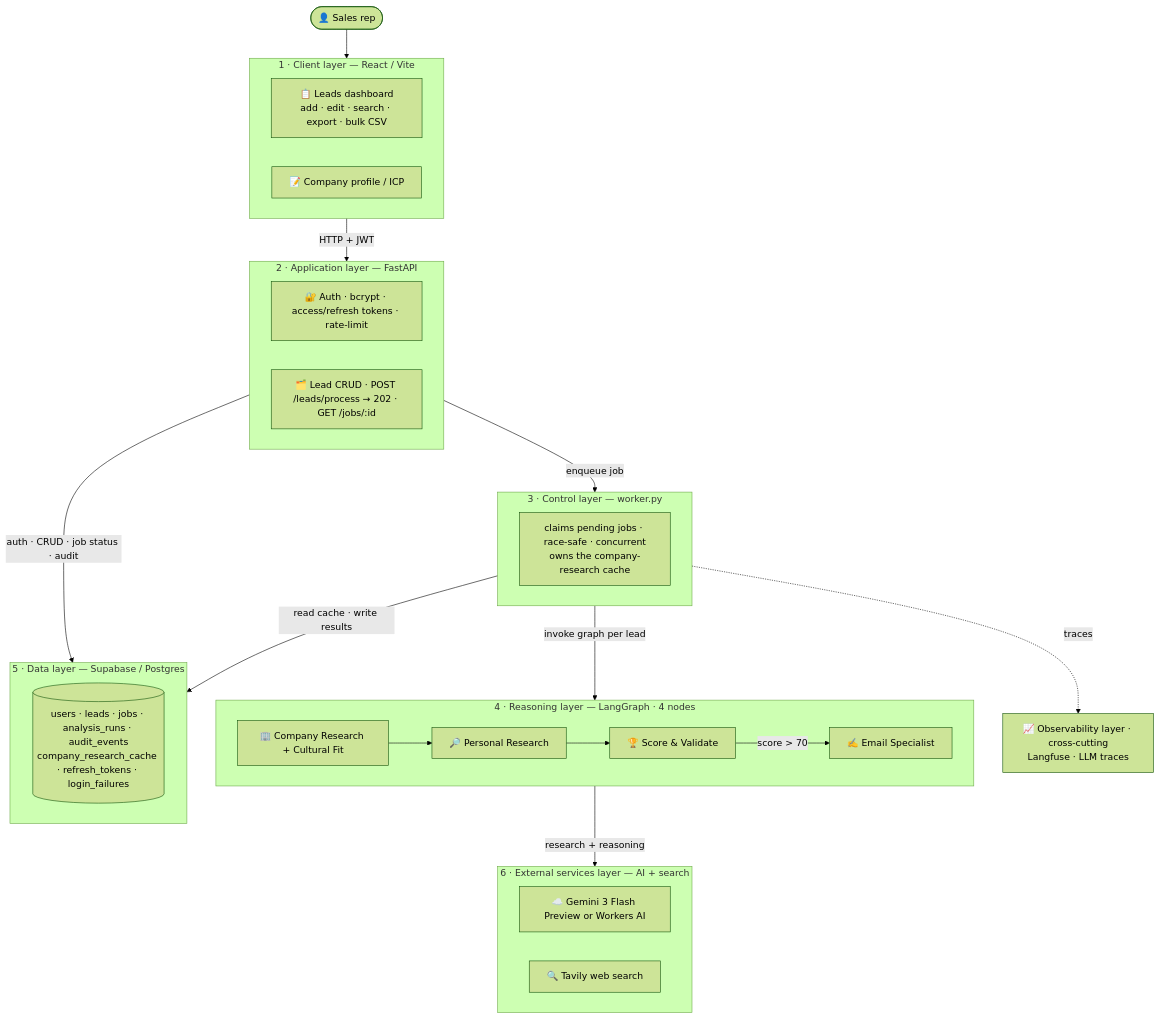
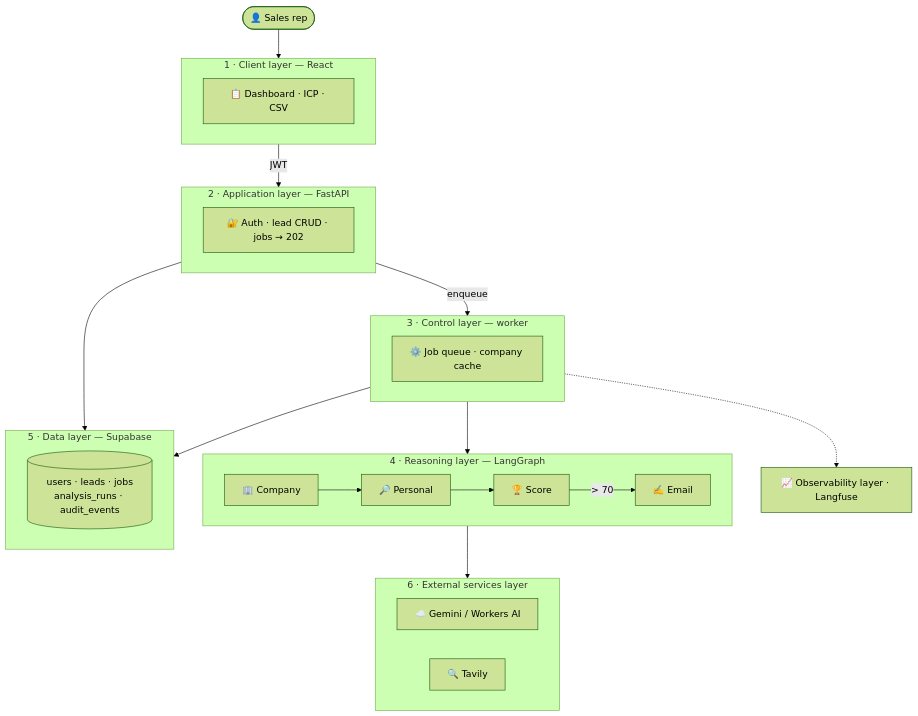
The diagram in README.md (VIVPM/multi-crew-leads-dashboard), drawn with Mermaid (forest theme) before and after one commit.

Commit message:
Shrink the architecture diagram

````diff
--- a/README.md
+++ b/README.md
@@ -23,43 +23,42 @@
 ```mermaid
 graph TD
     User(["👤 Sales rep"])
 
-    subgraph CLIENT ["1 · Client layer — React / Vite"]
-        UI["📋 Leads dashboard<br>add · edit · search · export · bulk CSV"]
-        ICP["📝 Company profile / ICP"]
+    subgraph CLIENT ["1 · Client layer — React"]
+        UI["📋 Dashboard · ICP · CSV"]
     end
 
     subgraph APP ["2 · Application layer — FastAPI"]
-        Auth["🔐 Auth · bcrypt · access/refresh tokens · rate-limit"]
-        REST["🗂️ Lead CRUD · POST /leads/process → 202 · GET /jobs/:id"]
+        API["🔐 Auth · lead CRUD · jobs → 202"]
     end
 
-    subgraph CTRL ["3 · Control layer — worker.py"]
-        Claim["claims pending jobs · race-safe · concurrent<br>owns the company-research cache"]
+    subgraph CTRL ["3 · Control layer — worker"]
+        Claim["⚙️ Job queue · company cache"]
     end
 
-    subgraph AI ["4 · Reasoning layer — LangGraph · 4 nodes"]
-        A2["🏢 Company Research + Cultural Fit"] --> A1["🔎 Personal Research"] --> A3["🏆 Score &amp; Validate"]
-        A3 -->|score &gt; 70| E1["✍️ Email Specialist"]
+    subgraph AI ["4 · Reasoning layer — LangGraph"]
+        direction LR
+        A2["🏢 Company"] --> A1["🔎 Personal"] --> A3["🏆 Score"] -->|"> 70"| E1["✍️ Email"]
     end
 
-    subgraph DATA ["5 · Data layer — Supabase / Postgres"]
-        Tbls[("users · leads · jobs · analysis_runs · audit_events<br>company_research_cache · refresh_tokens · login_failures")]
+    subgraph DATA ["5 · Data layer — Supabase"]
+        Tbls[("users · leads · jobs<br>analysis_runs · audit_events")]
     end
 
-    subgraph EXT ["6 · External services layer — AI + search"]
-        LLM["☁️ Gemini 3 Flash Preview or Workers AI"]
-        Tavily["🔍 Tavily web search"]
+    subgraph EXT ["6 · External services layer"]
+        direction LR
+        LLM["☁️ Gemini / Workers AI"]
+        Tavily["🔍 Tavily"]
     end
 
-    OBS["📈 Observability layer · cross-cutting<br>Langfuse · LLM traces"]
+    OBS["📈 Observability layer · Langfuse"]
 
     User --> CLIENT
-    CLIENT -->|HTTP + JWT| APP
-    APP -->|auth · CRUD · job status · audit| DATA
-    APP -->|enqueue job| CTRL
-    CTRL -->|invoke graph per lead| AI
-    AI -->|research + reasoning| EXT
-    CTRL -->|read cache · write results| DATA
-    CTRL -.->|traces| OBS
+    CLIENT -->|JWT| APP
+    APP --> DATA
+    APP -->|enqueue| CTRL
+    CTRL --> AI
+    AI --> EXT
+    CTRL --> DATA
+    CTRL -.-> OBS
 ```
````
